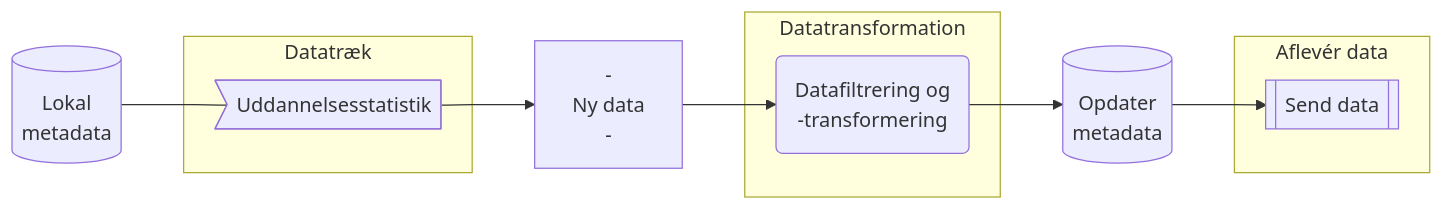
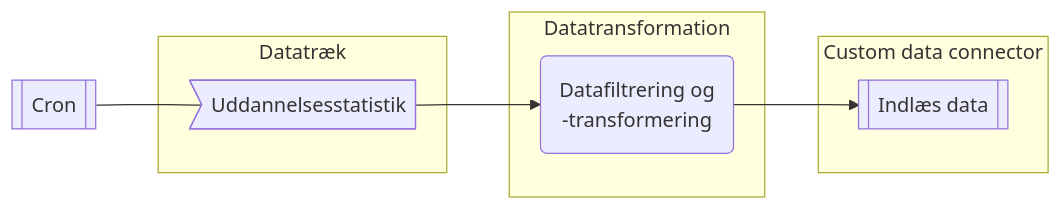
The diagram in README.md (Randers-Kommune-Digitalisering/auto-transform-forward-uddannelsesstatistik), drawn with Mermaid before and after one commit. The commit also changed other lines of this file, not shown here.

````diff
--- a/README.md
+++ b/README.md
@@ -4,22 +4,20 @@
 ```mermaid
 flowchart  LR
 
 subgraph  Datatræk
 API
 end
 
 subgraph  Datatransformation
 T
 end
 
-subgraph  Aflevér data
+subgraph  Custom data connector
 L2
 end
 
-META[(Lokal \n metadata)]
+META[[Cron]]
 ---  API>Uddannelsesstatistik]
--->  E[-\nNy data\n-]
 -->  T(Datafiltrering og \n-transformering)
--->  L[(Opdater \n metadata)]
---> L2[[Send data]]
+--> L2[[Indlæs data]]
 ```
````
